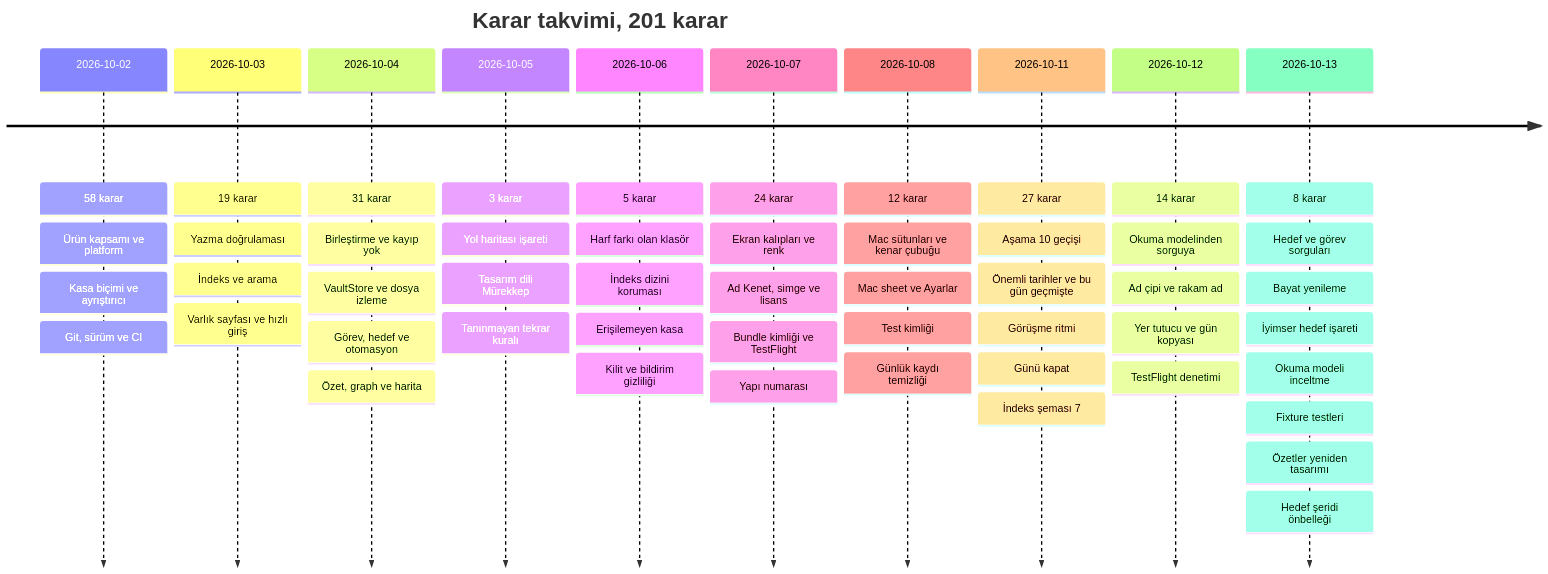
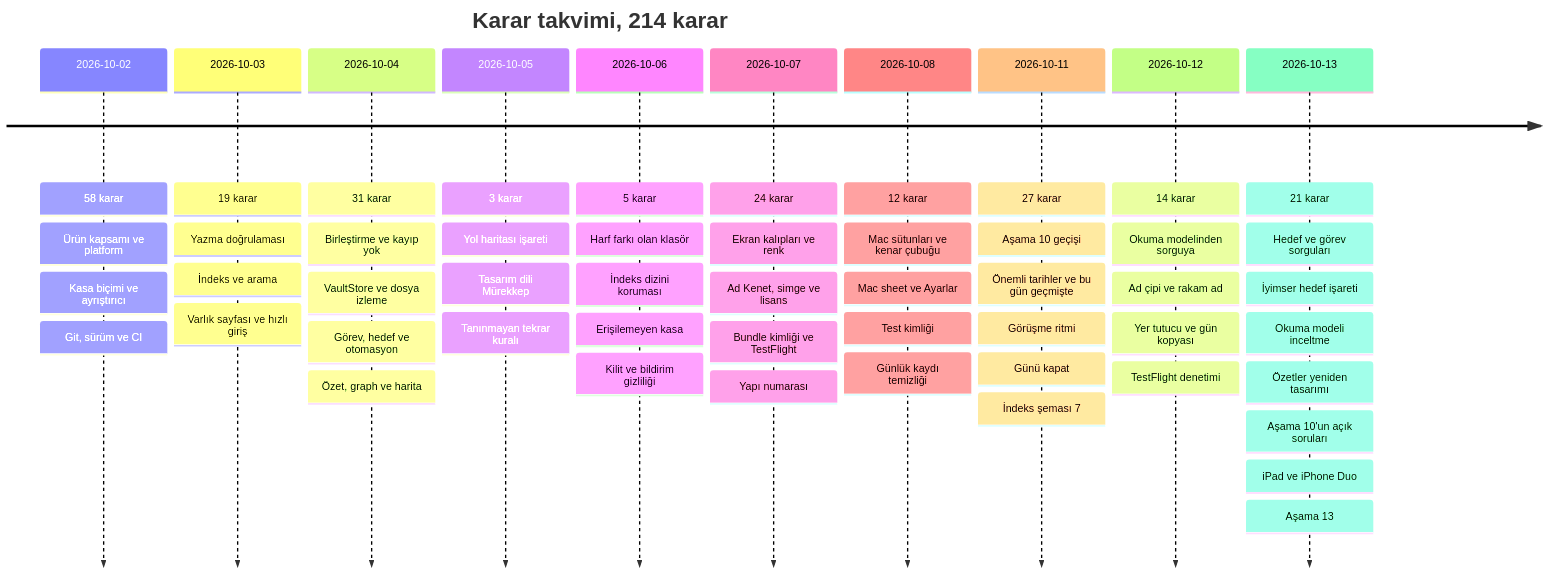
One commit to dogancanyildiz/kenet changed the third of 3 diagrams in docs/decisions.md. Above: the diagram before and after it, drawn with Mermaid. The commit also changed other lines of this file and 1 other file, not shown here.

Commit message:
docs: dalga 11 kararları, Aşama 13 Uyarlanır düzen, Aşama 10 kapandı (#231)

````diff
--- a/docs/decisions.md
+++ b/docs/decisions.md
@@ -82,14 +83,14 @@
 ```mermaid
 timeline
-    title Karar takvimi, 201 karar
+    title Karar takvimi, 214 karar
     2026-10-02 : 58 karar : Ürün kapsamı ve platform : Kasa biçimi ve ayrıştırıcı : Git, sürüm ve CI
     2026-10-03 : 19 karar : Yazma doğrulaması : İndeks ve arama : Varlık sayfası ve hızlı giriş
     2026-10-04 : 31 karar : Birleştirme ve kayıp yok : VaultStore ve dosya izleme : Görev, hedef ve otomasyon : Özet, graph ve harita
     2026-10-05 : 3 karar : Yol haritası işareti : Tasarım dili Mürekkep : Tanınmayan tekrar kuralı
     2026-10-06 : 5 karar : Harf farkı olan klasör : İndeks dizini koruması : Erişilemeyen kasa : Kilit ve bildirim gizliliği
     2026-10-07 : 24 karar : Ekran kalıpları ve renk : Ad Kenet, simge ve lisans : Bundle kimliği ve TestFlight : Yapı numarası
     2026-10-08 : 12 karar : Mac sütunları ve kenar çubuğu : Mac sheet ve Ayarlar : Test kimliği : Günlük kaydı temizliği
     2026-10-11 : 27 karar : Aşama 10 geçişi : Önemli tarihler ve bu gün geçmişte : Görüşme ritmi : Günü kapat : İndeks şeması 7
     2026-10-12 : 14 karar : Okuma modelinden sorguya : Ad çipi ve rakam ad : Yer tutucu ve gün kopyası : TestFlight denetimi
-    2026-10-13 : 8 karar : Hedef ve görev sorguları : Bayat yenileme : İyimser hedef işareti : Okuma modeli inceltme : Fixture testleri : Özetler yeniden tasarımı : Hedef şeridi önbelleği
+    2026-10-13 : 21 karar : Hedef ve görev sorguları : İyimser hedef işareti : Okuma modeli inceltme : Özetler yeniden tasarımı : Aşama 10'un açık soruları : iPad ve iPhone Duo : Aşama 13
 ```
````
